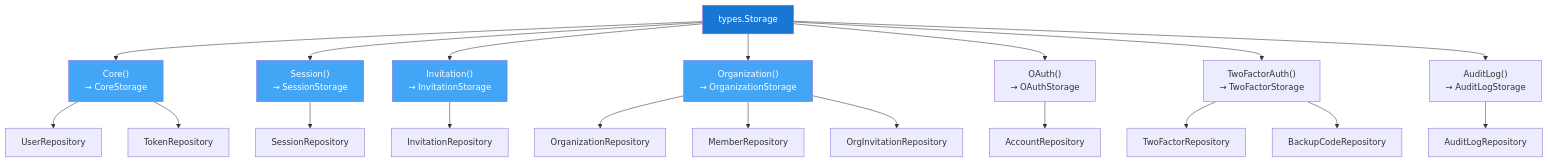
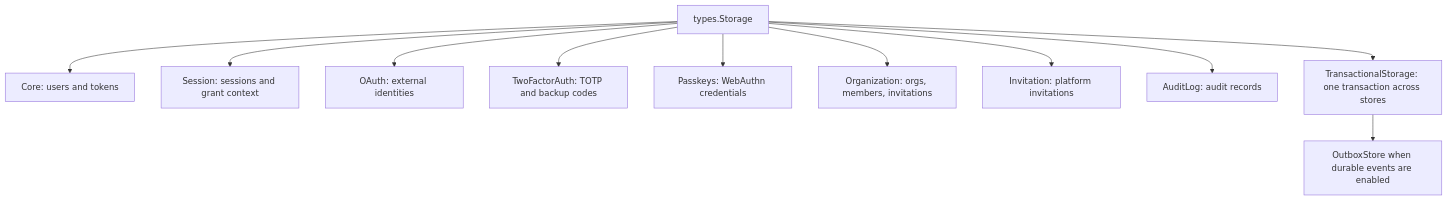
One commit to bete7512/goauth changed the fifth of 7 diagrams in docs/docs/architecture.md. Above: the diagram before and after it, drawn with Mermaid. The commit also changed other lines of this file and 346 other files, not shown here.

First line of the commit message:
Refactor two-factor authentication and invitation tests; enhance OAuth flow handling

````diff
--- a/docs/docs/architecture.md
+++ b/docs/docs/architecture.md
@@ -282,30 +152,13 @@
 ```mermaid
 graph TD
-    S["types.Storage"]
-
-    S --> CS["Core()<br/>→ CoreStorage"]
-    S --> SS["Session()<br/>→ SessionStorage"]
-    S --> IS["Invitation()<br/>→ InvitationStorage"]
-    S --> OS["Organization()<br/>→ OrganizationStorage"]
-    S --> OA["OAuth()<br/>→ OAuthStorage"]
-    S --> TF["TwoFactorAuth()<br/>→ TwoFactorStorage"]
-    S --> AL["AuditLog()<br/>→ AuditLogStorage"]
-
-    CS --> UR["UserRepository"]
-    CS --> TR["TokenRepository"]
-    SS --> SR["SessionRepository"]
-    IS --> IR["InvitationRepository"]
-    OS --> OR["OrganizationRepository"]
-    OS --> MR["MemberRepository"]
-    OS --> OIR["OrgInvitationRepository"]
-    OA --> AR["AccountRepository"]
-    TF --> TFR["TwoFactorRepository"]
-    TF --> BCR["BackupCodeRepository"]
-    AL --> ALR["AuditLogRepository"]
-
-    style S fill:#1976D2,color:#fff
-    style CS fill:#42A5F5,color:#fff
-    style SS fill:#42A5F5,color:#fff
-    style IS fill:#42A5F5,color:#fff
-    style OS fill:#42A5F5,color:#fff
+    S["types.Storage"] --> Core["Core: users and tokens"]
+    S --> Sessions["Session: sessions and grant context"]
+    S --> OAuth["OAuth: external identities"]
+    S --> TwoFactor["TwoFactorAuth: TOTP and backup codes"]
+    S --> Passkeys["Passkeys: WebAuthn credentials"]
+    S --> Organization["Organization: orgs, members, invitations"]
+    S --> Invitation["Invitation: platform invitations"]
+    S --> Audit["AuditLog: audit records"]
+    S --> Tx["TransactionalStorage: one transaction across stores"]
+    Tx --> Outbox["OutboxStore when durable events are enabled"]
 ```
````
